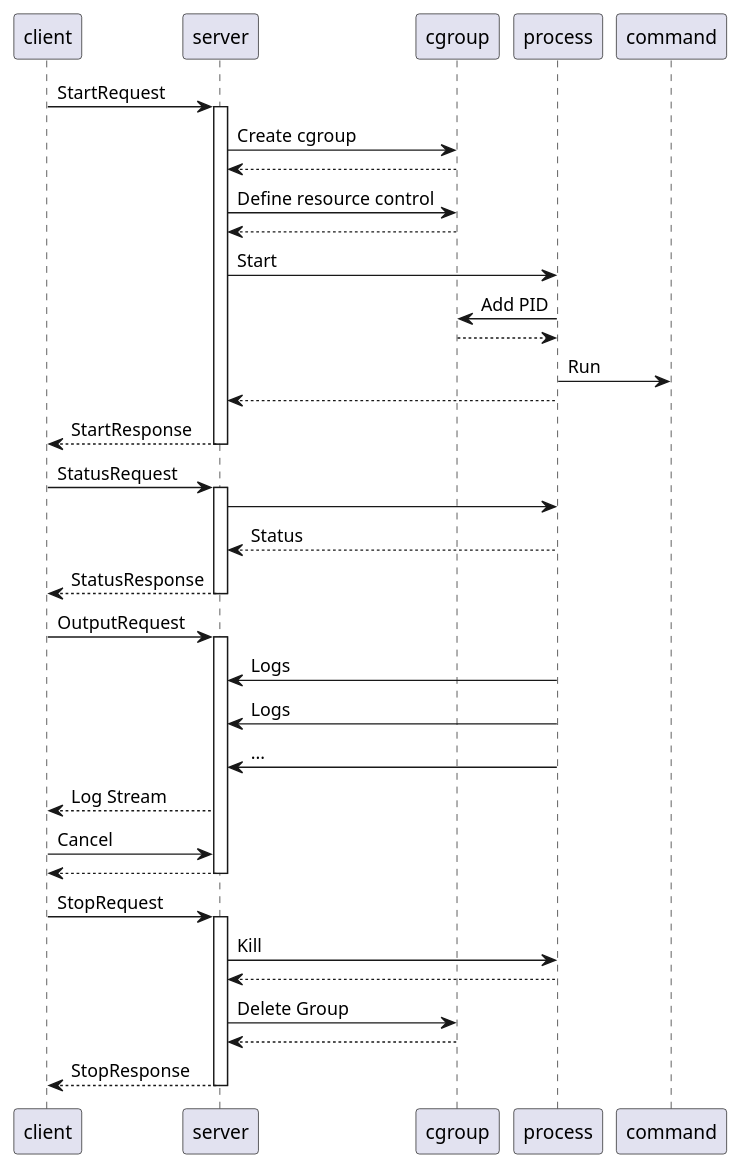
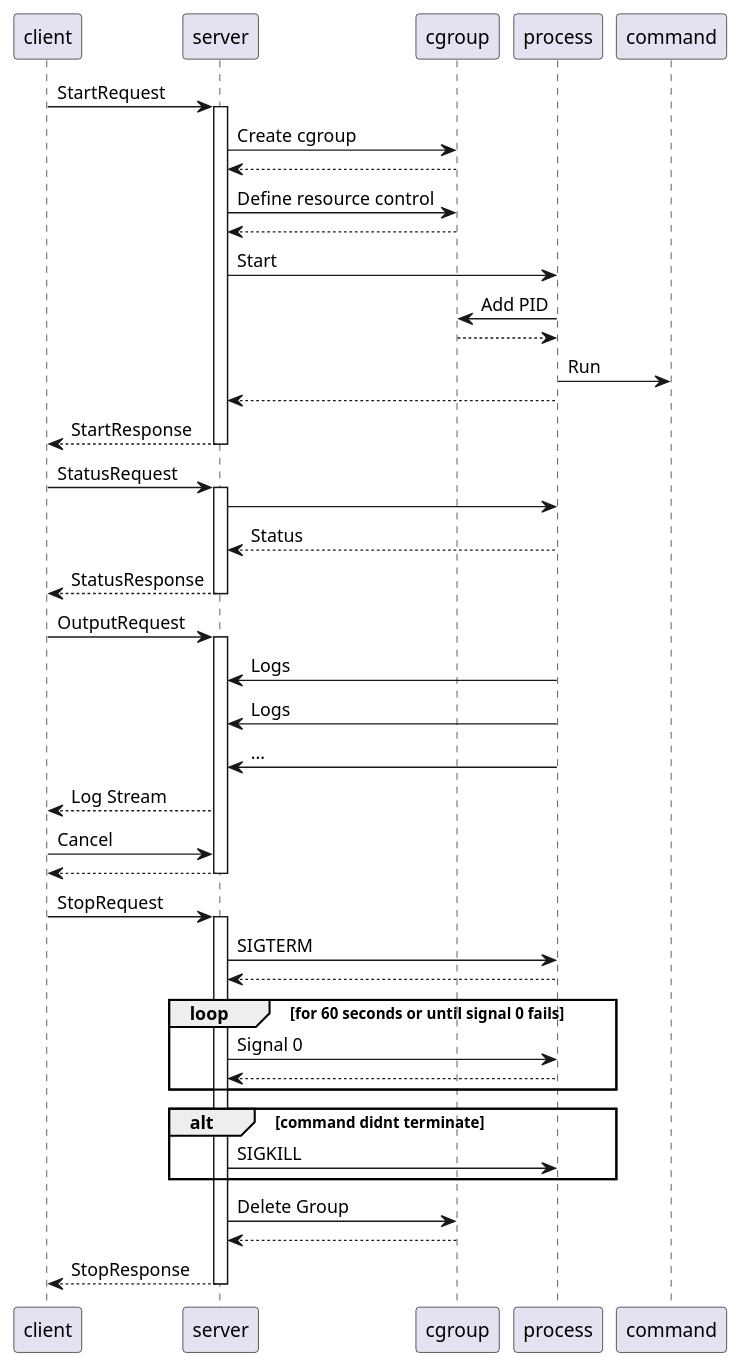
Before and after one commit to bkneis/teleport-jobworker: the diagram in happy.plantuml, drawn with PlantUML. The commit also changed 3 other files, not shown here.

```diff
--- a/happy.plantuml
+++ b/happy.plantuml
@@ -1,42 +1,49 @@
 @startuml
 client -> server: StartRequest
 activate server
 server -> cgroup: Create cgroup
 server <-- cgroup: 
 server -> cgroup: Define resource control
 server <-- cgroup:
 server -> process: Start
 process -> cgroup: Add PID
 process <-- cgroup:
 process -> command: Run
 process --> server:
 client <-- server: StartResponse
 deactivate server
 
 client -> server: StatusRequest
 activate server
 server -> process: 
 server <-- process: Status
 client <-- server: StatusResponse
 deactivate server
 
 client -> server: OutputRequest
 activate server
 process -> server: Logs
 process -> server: Logs
 process -> server: ...
 server --> client: Log Stream
 client -> server: Cancel
 server --> client:
 deactivate server
 
 client -> server: StopRequest
 activate server
-server -> process: Kill
+server -> process: SIGTERM
 server <-- process:
+loop for 60 seconds or until signal 0 fails
+    server -> process: Signal 0
+    process --> server:
+end
+alt command didnt terminate
+    server -> process: SIGKILL
+end
 server -> cgroup: Delete Group
 cgroup --> server: 
 client <-- server: StopResponse
 deactivate server
 
 @enduml
```
